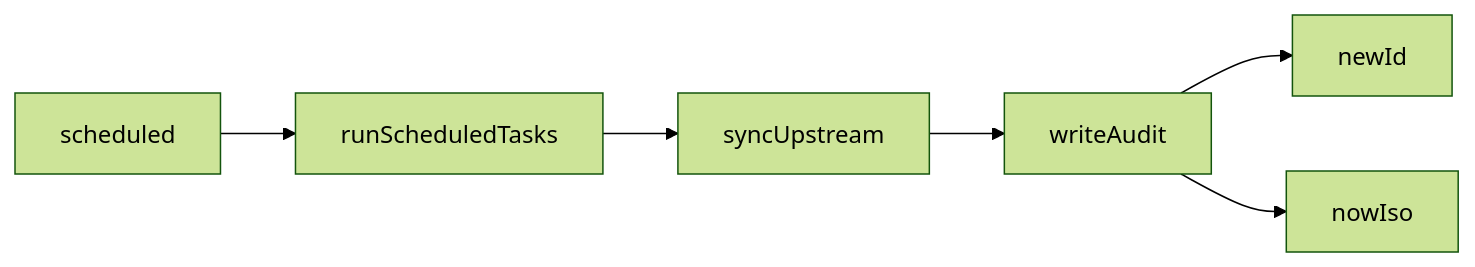
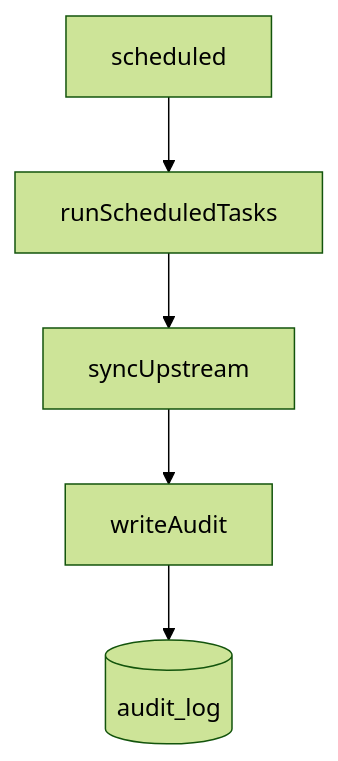
The first of 2 diagrams in docs/wiki/audit-webhooks.md (DailenG/CheckDeployManager), drawn with Mermaid (forest theme) before and after one commit. The commit also changed other lines of this file and 14 other files, not shown here.

````diff
--- a/docs/wiki/audit-webhooks.md
+++ b/docs/wiki/audit-webhooks.md
@@ -55,8 +74,7 @@
 ```mermaid
-flowchart LR
-  scheduled --> runScheduledTasks
-  runScheduledTasks --> syncUpstream
-  syncUpstream --> writeAudit
-  writeAudit --> newId
-  writeAudit --> nowIso
+flowchart TD
+  A[scheduled] --> B[runScheduledTasks]
+  B --> C[syncUpstream]
+  C --> D[writeAudit]
+  D --> E[(audit_log)]
 ```
````
